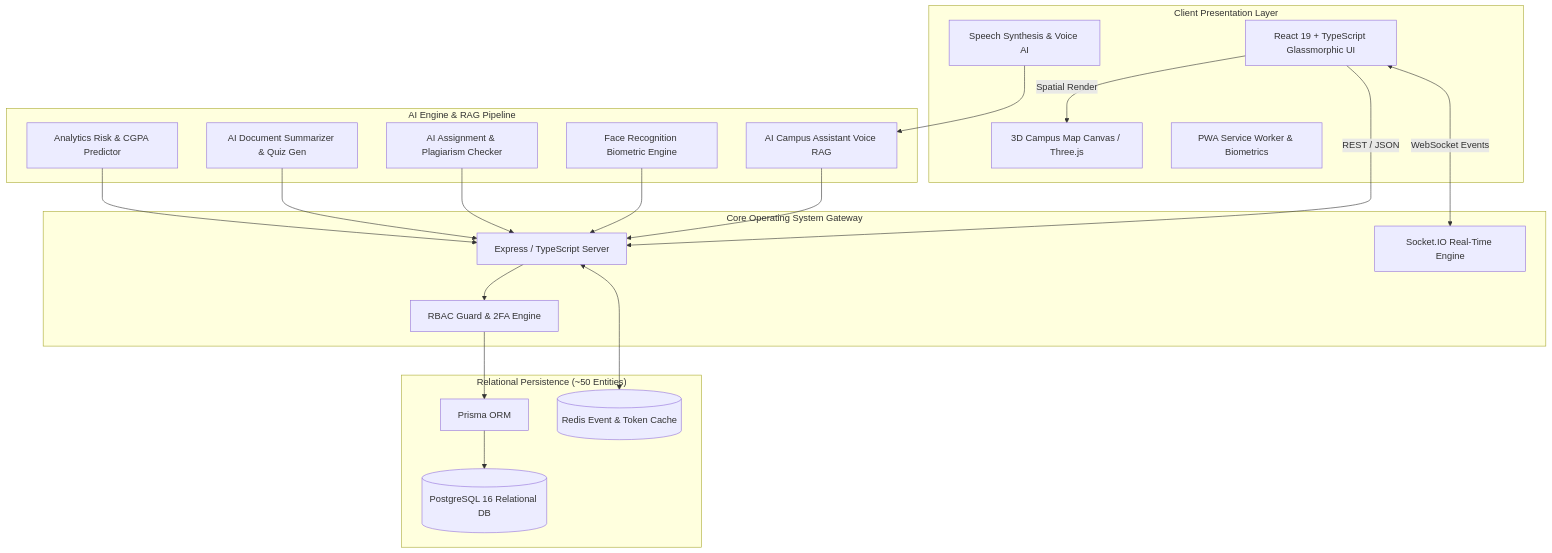
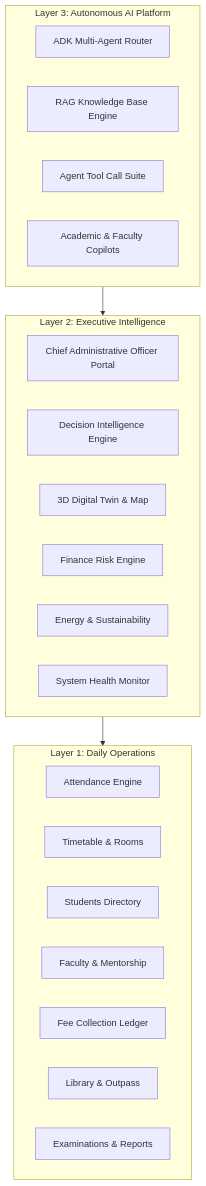
One commit to Rishisharma029/campusOS changed the diagram in README.md. Above: the diagram before and after it, drawn with Mermaid. The commit also changed other lines of this file, not shown here.

````diff
--- a/README.md
+++ b/README.md
@@ -21,45 +84,31 @@
 ```mermaid
-graph TD
-    subgraph ClientPresentation ["Client Presentation Layer"]
-        UI[React 19 + TypeScript Glassmorphic UI]
-        3D[3D Campus Map Canvas / Three.js]
-        Voice[Speech Synthesis & Voice AI]
-        PWA[PWA Service Worker & Biometrics]
+flowchart TD
+    subgraph Layer3 ["Layer 3: Autonomous AI Platform"]
+        ADK[ADK Multi-Agent Router]
+        RAG[RAG Knowledge Base Engine]
+        TOOLS[Agent Tool Call Suite]
+        COPILOT[Academic & Faculty Copilots]
     end
 
-    subgraph AIEnginePipeline ["AI Engine & RAG Pipeline"]
-        Assistant[AI Campus Assistant Voice RAG]
-        Facial[Face Recognition Biometric Engine]
-        Checker[AI Assignment & Plagiarism Checker]
-        DocCenter[AI Document Summarizer & Quiz Gen]
-        Predictor[Analytics Risk & CGPA Predictor]
+    subgraph Layer2 ["Layer 2: Executive Intelligence"]
+        CAO[Chief Administrative Officer Portal]
+        DECISION[Decision Intelligence Engine]
+        TWIN[3D Digital Twin & Map]
+        FIN[Finance Risk Engine]
+        ENERGY[Energy & Sustainability]
+        HEALTH[System Health Monitor]
     end
 
-    subgraph GatewayLayer ["Core Operating System Gateway"]
-        Gateway[Express / TypeScript Server]
-        Realtime[Socket.IO Real-Time Engine]
-        RBAC[RBAC Guard & 2FA Engine]
+    subgraph Layer1 ["Layer 1: Daily Operations"]
+        ATT[Attendance Engine]
+        TIME[Timetable & Rooms]
+        STUDENT[Students Directory]
+        FACULTY[Faculty & Mentorship]
+        FEES[Fee Collection Ledger]
+        LIB[Library & Outpass]
+        EXAM[Examinations & Reports]
     end
 
-    subgraph RelationalPersistence ["Relational Persistence (~50 Entities)"]
-        Prisma[Prisma ORM]
-        DB[(PostgreSQL 16 Relational DB)]
-        Cache[(Redis Event & Token Cache)]
-    end
-
-    UI -->|REST / JSON| Gateway
-    UI <-->|WebSocket Events| Realtime
-    UI -->|Spatial Render| 3D
-    Voice --> Assistant
-    
-    Assistant --> Gateway
-    Facial --> Gateway
-    Checker --> Gateway
-    DocCenter --> Gateway
-    Predictor --> Gateway
-
-    Gateway --> RBAC
-    RBAC --> Prisma
-    Prisma --> DB
-    Gateway <--> Cache
+    Layer3 --> Layer2
+    Layer2 --> Layer1
 ```
````
